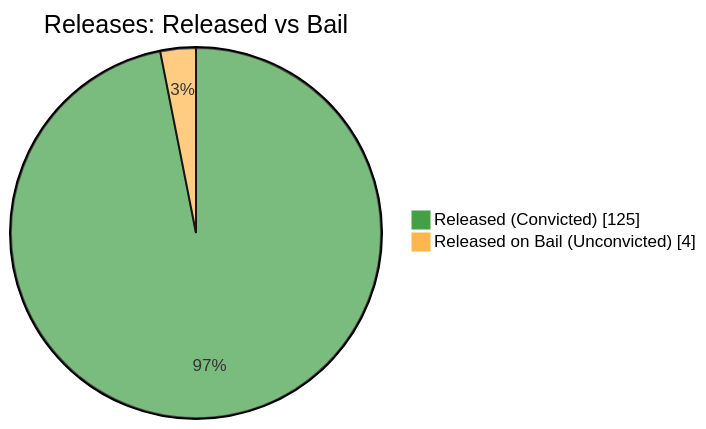
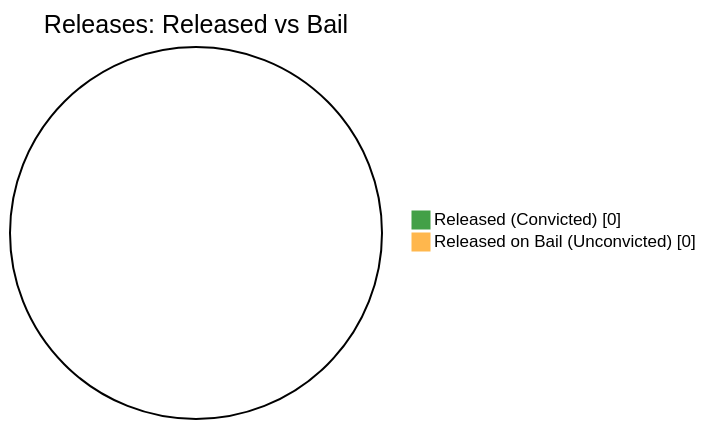
The fifth of 7 diagrams in README.md (nuuuwan/lk_prisons), drawn with Mermaid before and after one commit. The commit also changed other lines of this file and 1 other file, not shown here.

````diff
--- a/README.md
+++ b/README.md
@@ -87,6 +87,6 @@
 ```mermaid
 %%{init: {'themeVariables': {'pie1': '#43A047', 'pie2': '#FFB74D'}}}%%
 pie showData title Releases: Released vs Bail
-    "Released (Convicted)" : 125
-    "Released on Bail (Unconvicted)" : 4
+    "Released (Convicted)" : 0
+    "Released on Bail (Unconvicted)" : 0
 ```
````
